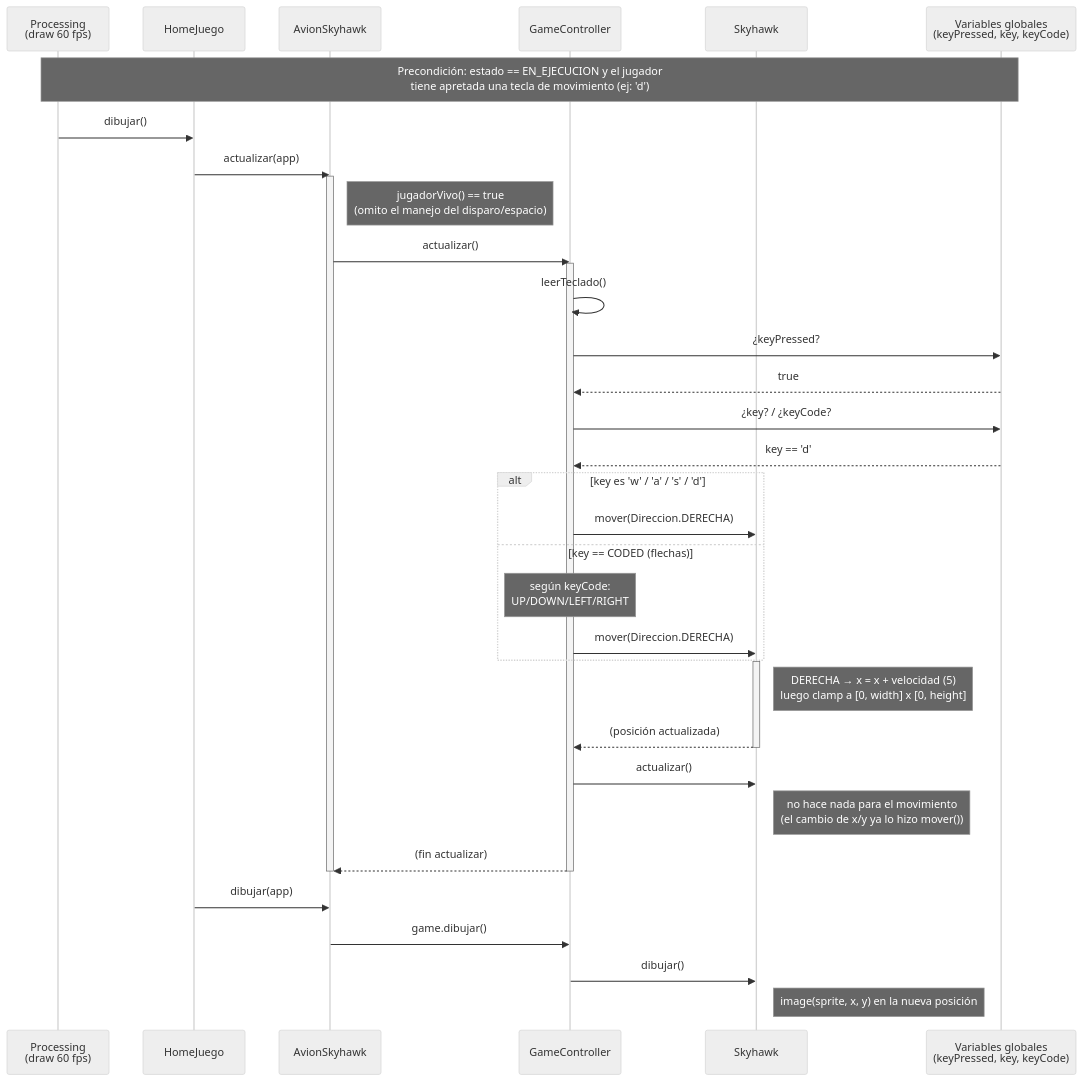
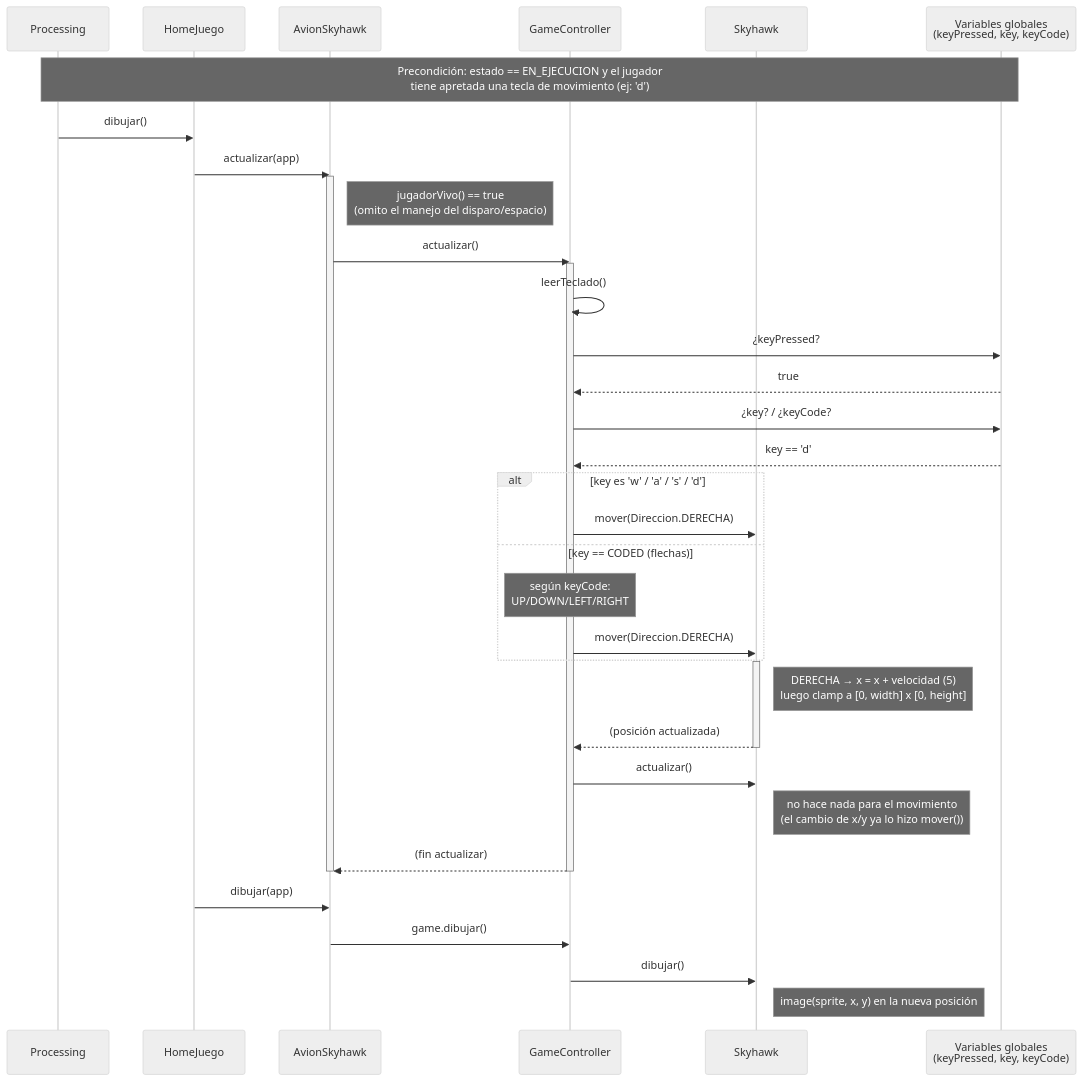
One commit to chiaraarego/Modulo-Skyhawk-integrado-lobby-clonado-TPI-Grupo-2 changed the second of 6 diagrams in Diagramas/DiagramasSecuencia_Skyhawk.md. Above: the diagram before and after it, drawn with Mermaid (neutral theme).

````diff
--- a/Diagramas/DiagramasSecuencia_Skyhawk.md
+++ b/Diagramas/DiagramasSecuencia_Skyhawk.md
@@ -109,48 +109,48 @@
 ```mermaid
 sequenceDiagram
-    participant Proc as Processing<br/>(draw 60 fps)
+    participant Proc as Processing
     participant Home as HomeJuego
     participant Mod as AvionSkyhawk
     participant Game as GameController
     participant Sky as Skyhawk
     participant Teclado as Variables globales<br/>(keyPressed, key, keyCode)
 
     note over Proc, Teclado: Precondición: estado == EN_EJECUCION y el jugador<br/>tiene apretada una tecla de movimiento (ej: 'd')
 
     Proc->>Home: dibujar()
     Home->>Mod: actualizar(app)
     activate Mod
     note right of Mod: jugadorVivo() == true<br/>(omito el manejo del disparo/espacio)
     Mod->>Game: actualizar()
     activate Game
 
     Game->>Game: leerTeclado()
     Game->>Teclado: ¿keyPressed?
     Teclado-->>Game: true
     Game->>Teclado: ¿key? / ¿keyCode?
     Teclado-->>Game: key == 'd'
 
     alt key es 'w' / 'a' / 's' / 'd'
         Game->>Sky: mover(Direccion.DERECHA)
     else key == CODED (flechas)
         note over Game: según keyCode:<br/>UP/DOWN/LEFT/RIGHT
         Game->>Sky: mover(Direccion.DERECHA)
     end
 
     activate Sky
     note right of Sky: DERECHA → x = x + velocidad (5)<br/>luego clamp a [0, width] x [0, height]
     Sky-->>Game: (posición actualizada)
     deactivate Sky
 
     Game->>Sky: actualizar()
     note right of Sky: no hace nada para el movimiento<br/>(el cambio de x/y ya lo hizo mover())
 
     Game-->>Mod: (fin actualizar)
     deactivate Game
     deactivate Mod
 
     Home->>Mod: dibujar(app)
     Mod->>Game: game.dibujar()
     Game->>Sky: dibujar()
     note right of Sky: image(sprite, x, y) en la nueva posición
 ```
````
